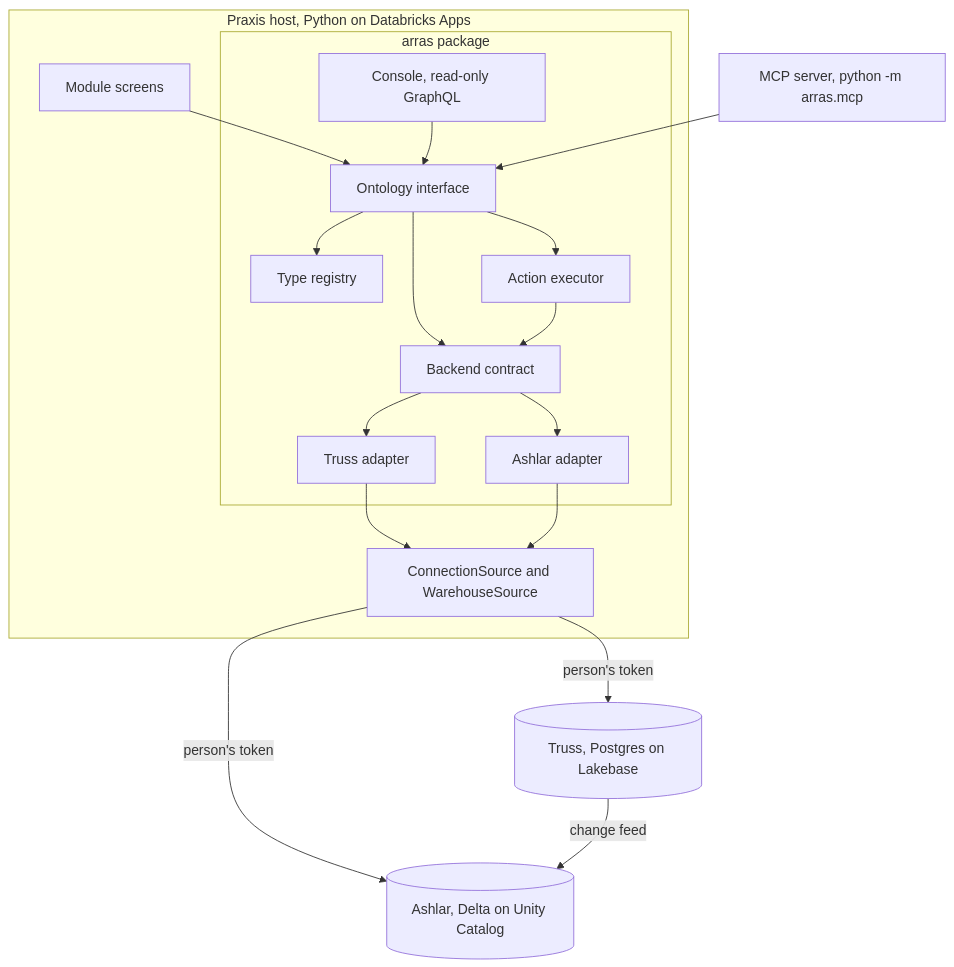
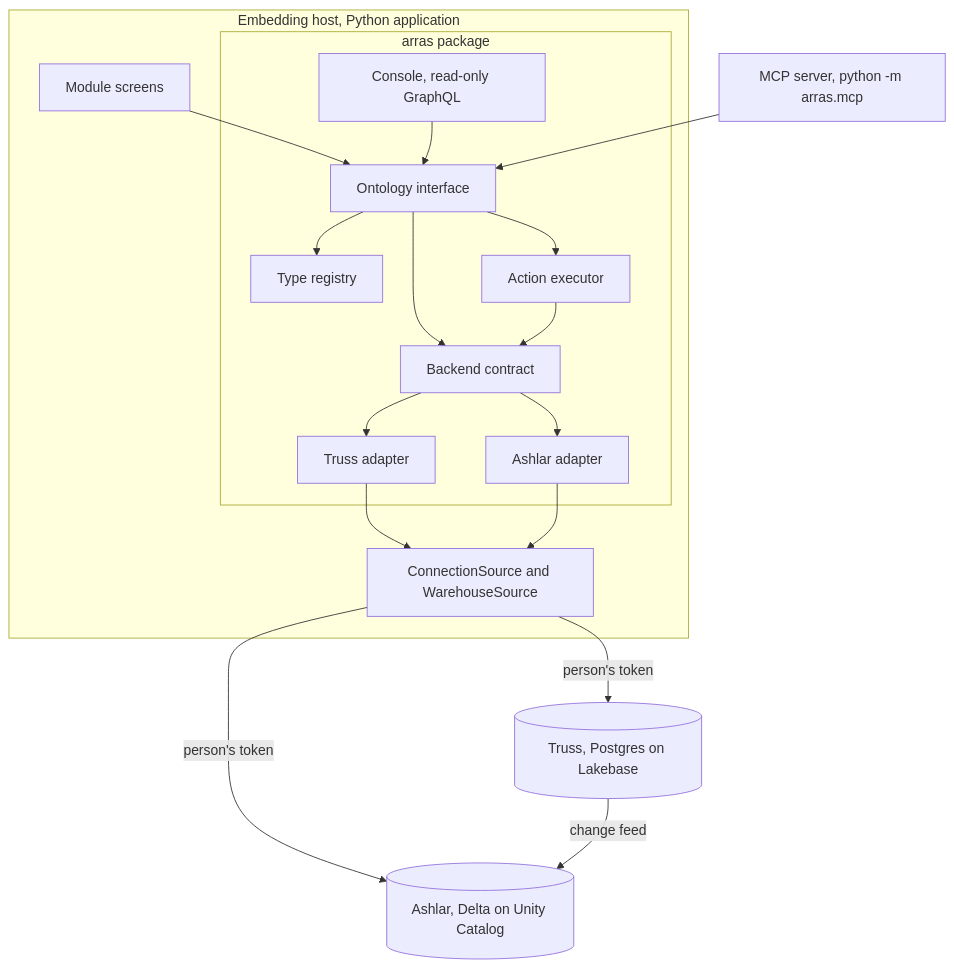
Before and after one commit to DocumentDrivenDX/arras: the second of 5 diagrams in docs/helix/02-design/architecture.md, drawn with Mermaid. The commit also changed other lines of this file and 305 other files, not shown here.

````diff
--- a/docs/helix/02-design/architecture.md
+++ b/docs/helix/02-design/architecture.md
@@ -132,33 +132,33 @@
 ```mermaid
 graph TB
-    subgraph host["Praxis host, Python on Databricks Apps"]
+    subgraph host["Embedding host, Python application"]
         screens["Module screens"]
         subgraph lib["arras package"]
             iface["Ontology interface"]
             reg["Type registry"]
             act["Action executor"]
             bc["Backend contract"]
             tadapter["Truss adapter"]
             aadapter["Ashlar adapter"]
             console["Console, read-only GraphQL"]
         end
         sources["ConnectionSource and WarehouseSource"]
     end
     mcp["MCP server, python -m arras.mcp"]
     truss[("Truss, Postgres on Lakebase")]
     ashlar[("Ashlar, Delta on Unity Catalog")]
     screens --> iface
     console --> iface
     mcp --> iface
     iface --> reg
     iface --> act
     iface --> bc
     act --> bc
     bc --> tadapter
     bc --> aadapter
     tadapter --> sources
     aadapter --> sources
     sources -->|"person's token"| truss
     sources -->|"person's token"| ashlar
     truss -->|"change feed"| ashlar
 ```
````
